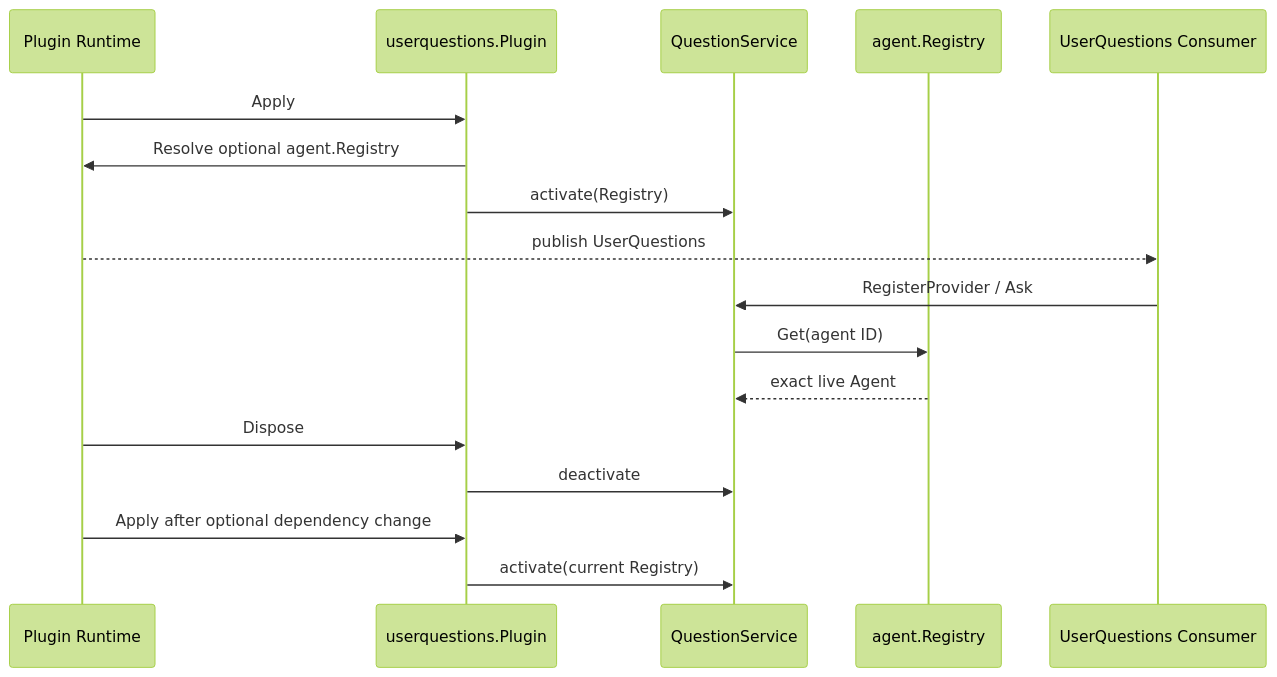
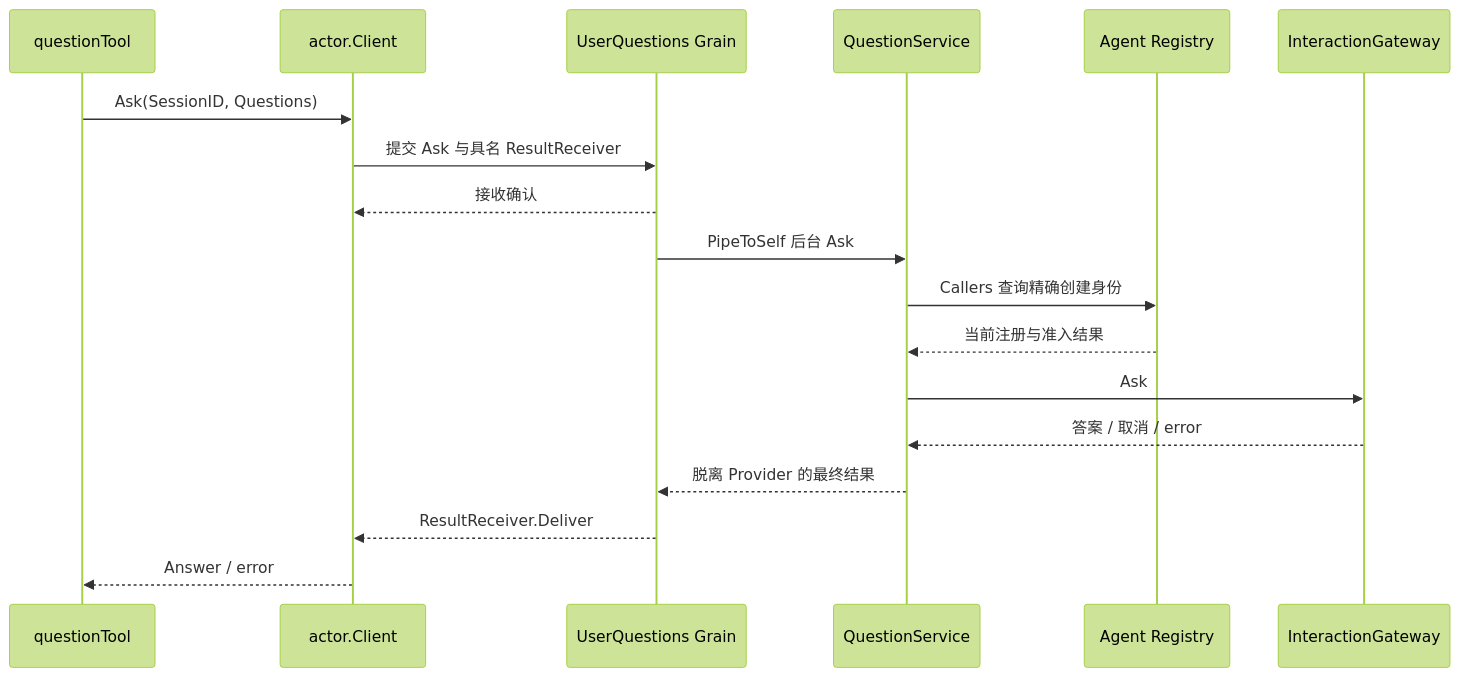
Before and after one commit to gorenx/goren: the diagram in userquestions/README.zh-CN.md, drawn with Mermaid (forest theme). The commit also changed other lines of this file and 6 other files, not shown here.

Commit message:
docs(actor): document workspace and user question ownership

````diff
--- a/userquestions/README.zh-CN.md
+++ b/userquestions/README.zh-CN.md
@@ -16,20 +21,20 @@
 ```mermaid
 sequenceDiagram
-    participant Runtime as Plugin Runtime
-    participant Adapter as userquestions.Plugin
-    participant Service as QuestionService
-    participant Registry as agent.Registry
-    participant Consumer as UserQuestions Consumer
-
-    Runtime->>Adapter: Apply
-    Adapter->>Runtime: Resolve optional agent.Registry
-    Adapter->>Service: activate(Registry)
-    Runtime-->>Consumer: publish UserQuestions
-    Consumer->>Service: RegisterProvider / Ask
-    Service->>Registry: Get(agent ID)
-    Registry-->>Service: exact live Agent
-    Runtime->>Adapter: Dispose
-    Adapter->>Service: deactivate
-    Runtime->>Adapter: Apply after optional dependency change
-    Adapter->>Service: activate(current Registry)
+    participant T as questionTool
+    participant C as actor.Client
+    participant G as UserQuestions Grain
+    participant S as QuestionService
+    participant A as Agent Registry
+    participant UI as InteractionGateway
+    T->>C: Ask(SessionID, Questions)
+    C->>G: 提交 Ask 与具名 ResultReceiver
+    G-->>C: 接收确认
+    G->>S: PipeToSelf 后台 Ask
+    S->>A: Callers 查询精确创建身份
+    A-->>S: 当前注册与准入结果
+    S->>UI: Ask
+    UI-->>S: 答案 / 取消 / error
+    S-->>G: 脱离 Provider 的最终结果
+    G-->>C: ResultReceiver.Deliver
+    C-->>T: Answer / error
 ```
````
